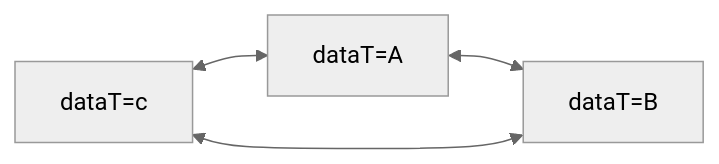
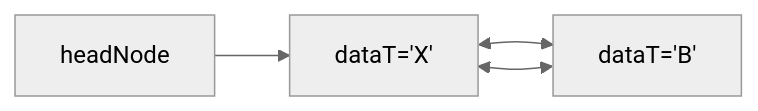
Before and after one commit to YOAyes/iodraw-files: the diagram in all/未命名-10.md, drawn with Mermaid (neutral theme).

Commit message:
2025-06-16 16:38:39 update

````diff
--- a/all/未命名-10.md
+++ b/all/未命名-10.md
@@ -1,6 +1,6 @@
 ```mermaid
 graph LR
-    X[dataT=c] <--> A[dataT=A] <--> B[dataT=B]
+    X[dataT='X'] <--> B[dataT='B']
     B <--> X
-
+    headNode-->X
 ```
````
